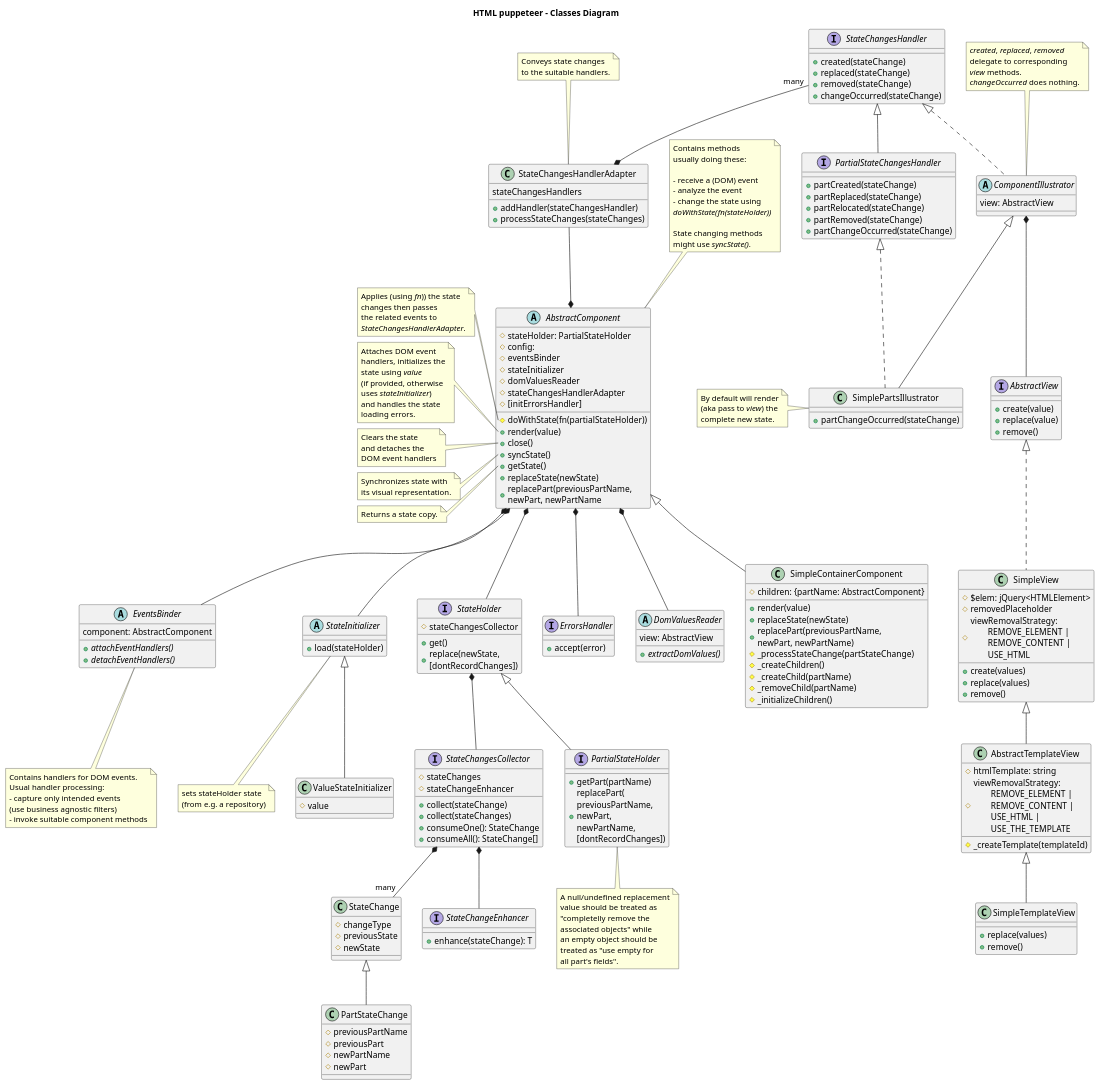
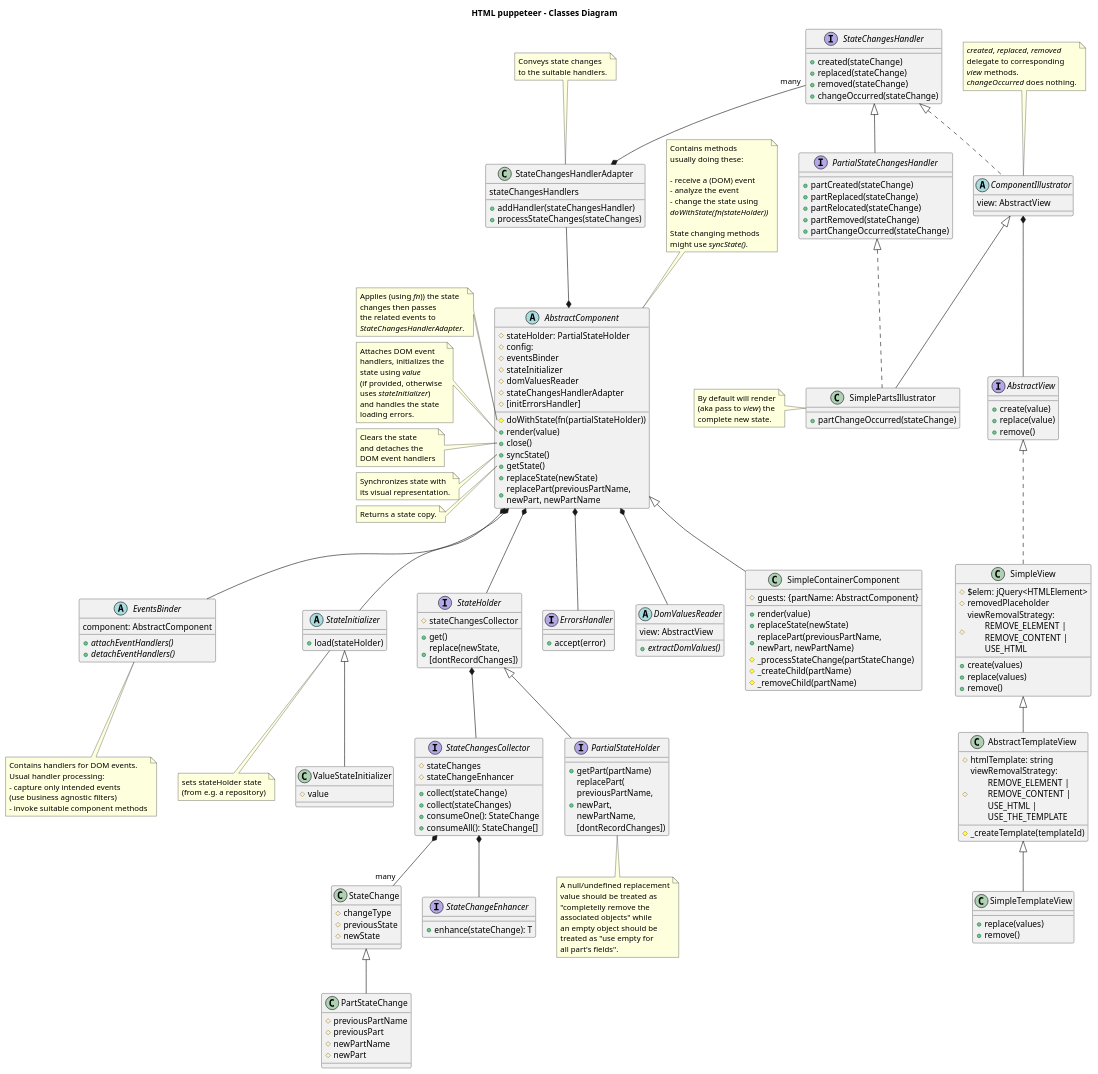
One commit to adrhc/html-puppeteer changed the diagram in design/classes-diagram.puml. Above: the diagram before and after it, drawn with PlantUML. The commit also changed 12 other files, not shown here.

Commit message:
children -> guests

```diff
--- a/design/classes-diagram.puml
+++ b/design/classes-diagram.puml
@@ -95,15 +95,13 @@
 }'/
 
 class SimpleContainerComponent extends AbstractComponent {
-#children: {partName: AbstractComponent}
+#guests: {partName: AbstractComponent}
 +render(value)
 +replaceState(newState)
 +replacePart(previousPartName, \nnewPart, newPartName)
 #_processStateChange(partStateChange)
-#_createChildren()
 #_createChild(partName)
 #_removeChild(partName)
-#_initializeChildren()
 }
 
 abstract EventsBinder {
```
